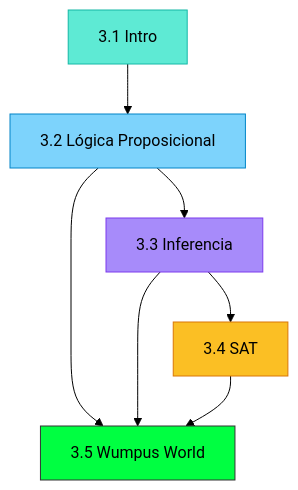
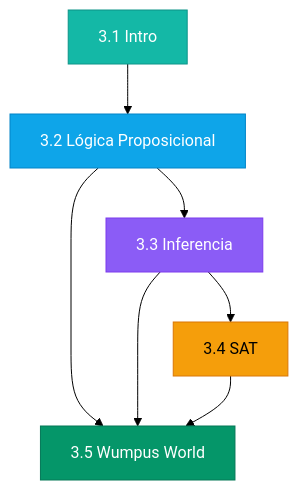
Before and after one commit to NuriaGarciaV/ia_p26: the third of 3 diagrams in clase/03_logica/01_intro.md, drawn with Mermaid (forest theme). The commit also changed other lines of this file and 5 other files, not shown here.

Commit message:
improved mermaid colouring

````diff
--- a/clase/03_logica/01_intro.md
+++ b/clase/03_logica/01_intro.md
@@ -188,15 +188,15 @@
 ```mermaid
 graph TD
     A[3.1 Intro] --> B[3.2 Lógica Proposicional]
     B --> C[3.3 Inferencia]
     C --> D[3.4 SAT]
     B --> E[3.5 Wumpus World]
     C --> E
     D --> E
     
-    style A fill:#5eead4,stroke:#14b8a6
-    style B fill:#7dd3fc,stroke:#0284c7
-    style C fill:#a78bfa,stroke:#7c3aed
-    style D fill:#fbbf24,stroke:#d97706
-    style E fill:#00ff41,stroke:#333,color:#000
+    style A fill:#14b8a6,stroke:#0d9488,color:#fff
+    style B fill:#0ea5e9,stroke:#0284c7,color:#fff
+    style C fill:#8b5cf6,stroke:#7c3aed,color:#fff
+    style D fill:#f59e0b,stroke:#d97706,color:#000
+    style E fill:#059669,stroke:#047857,color:#fff
 ```
````
